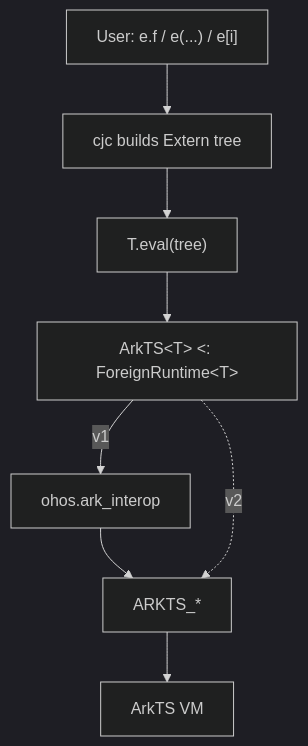
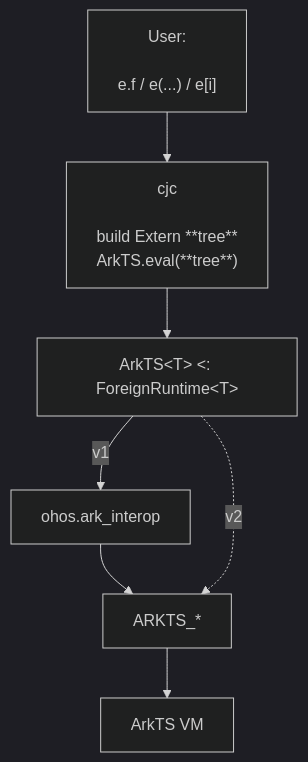
The first of 3 diagrams in docs/arkts_runtime_design.md (belolourenco/cangjie_interop_architecture), drawn with Mermaid (dark theme) before and after one commit. The commit also changed other lines of this file, not shown here.

````diff
--- a/docs/arkts_runtime_design.md
+++ b/docs/arkts_runtime_design.md
@@ -26,8 +24,7 @@
 ```mermaid
 flowchart TB
-    UC["User: e.f / e(...) / e[i]"] --> DS["cjc builds Extern tree"]
-    DS --> EVAL["T.eval(tree)"]
-    EVAL --> ARK["ArkTS&lt;T&gt; <: ForeignRuntime&lt;T&gt;"]
+    UC["User:<br/><br/> e.f / e(...) / e[i]"] --> DS["cjc<br/><br/> build Extern **tree**<br/>ArkTS.eval(**tree**)"]
+    DS --> ARK["ArkTS&lt;T&gt; <: ForeignRuntime&lt;T&gt;"]
     ARK -->|"v1"| CTX["ohos.ark_interop"] --> FFI["ARKTS_*"] --> VM["ArkTS VM"]
     ARK -.->|"v2"| FFI
 ```
````
